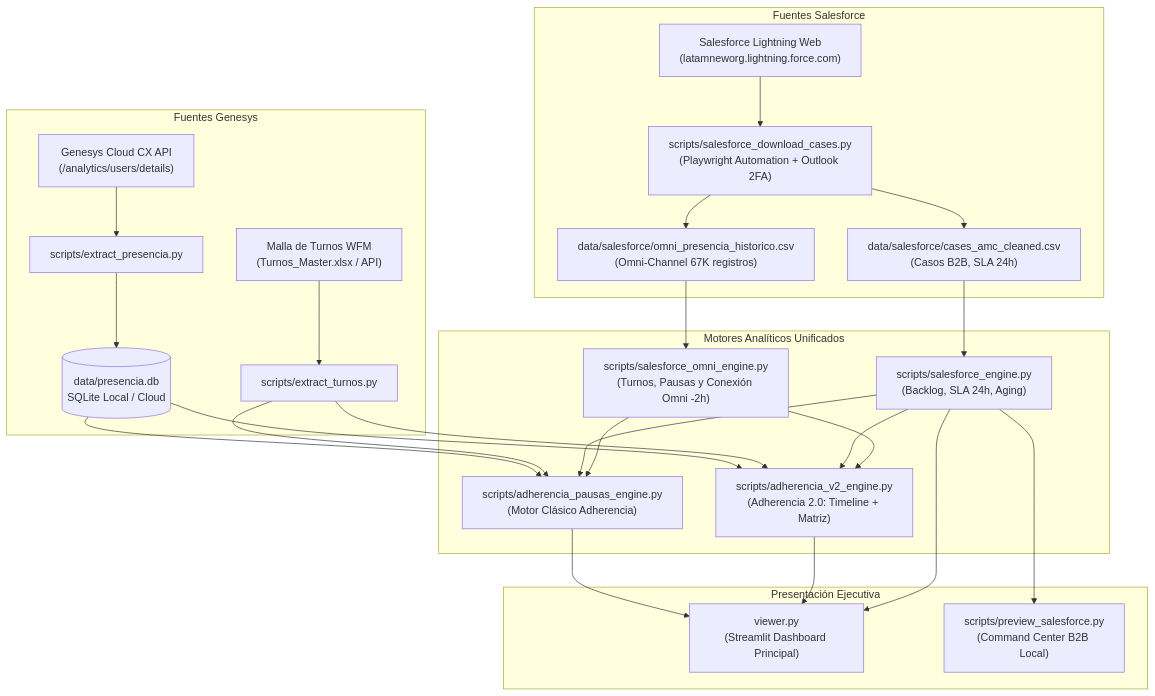
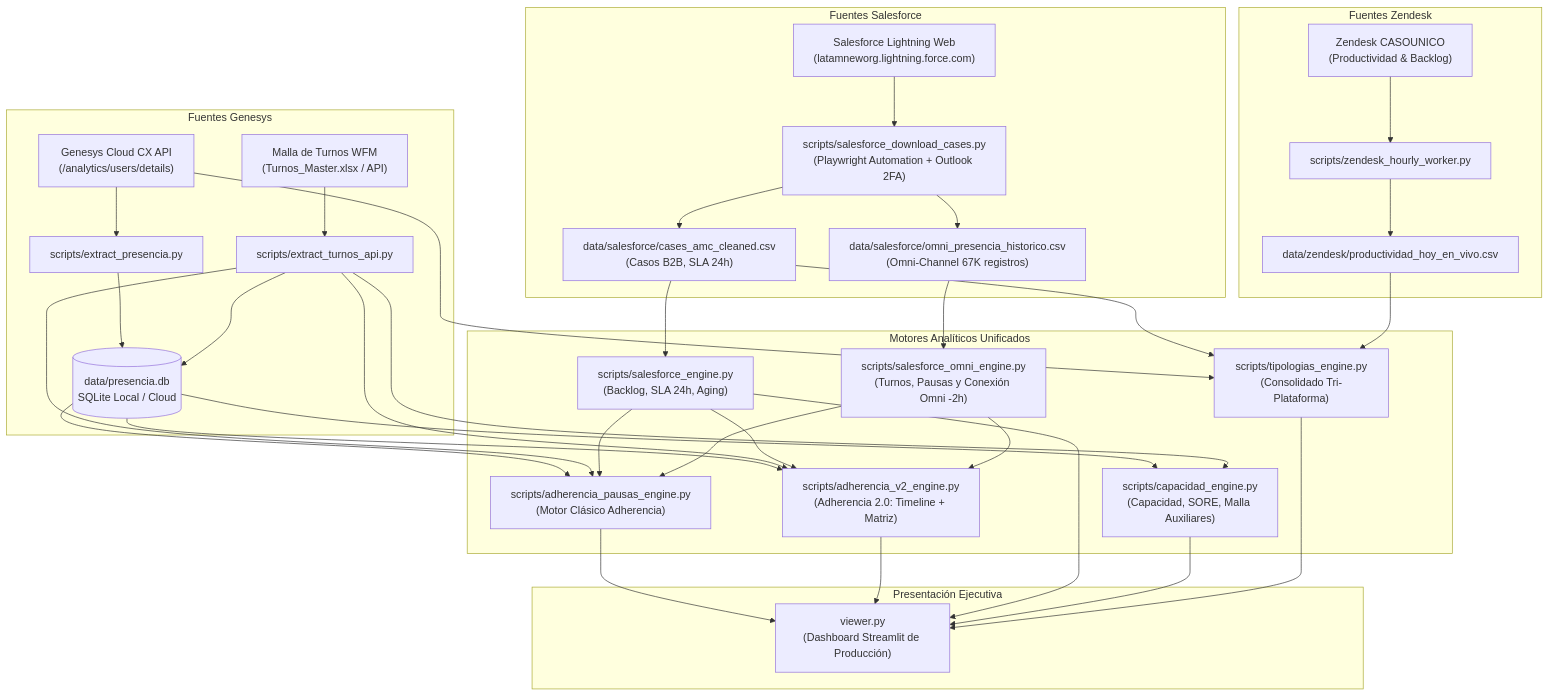
One commit to carlosmurilloealmacontact/presencia-genesys changed the diagram in CONTEXT.md. Above: the diagram before and after it, drawn with Mermaid. The commit also changed other lines of this file, not shown here.

Commit message:
docs: actualizar CONTEXT.md con tipologias tri-plataforma, capacidad opcion B, malla auxiliares y auditoria RRSS

````diff
--- a/CONTEXT.md
+++ b/CONTEXT.md
@@ -23,27 +26,34 @@
 ```mermaid
 flowchart TD
     subgraph Fuentes Genesys
         G1["Genesys Cloud CX API\n(/analytics/users/details)"] --> G2["scripts/extract_presencia.py"]
         G2 --> G3[("data/presencia.db\nSQLite Local / Cloud")]
-        G4["Malla de Turnos WFM\n(Turnos_Master.xlsx / API)"] --> G5["scripts/extract_turnos.py"]
+        G4["Malla de Turnos WFM\n(Turnos_Master.xlsx / API)"] --> G5["scripts/extract_turnos_api.py"]
+        G5 --> G3
     end
 
     subgraph Fuentes Salesforce
         S1["Salesforce Lightning Web\n(latamneworg.lightning.force.com)"] --> S2["scripts/salesforce_download_cases.py\n(Playwright Automation + Outlook 2FA)"]
         S2 --> S3["data/salesforce/cases_amc_cleaned.csv\n(Casos B2B, SLA 24h)"]
         S2 --> S4["data/salesforce/omni_presencia_historico.csv\n(Omni-Channel 67K registros)"]
     end
 
+    subgraph Fuentes Zendesk
+        Z1["Zendesk CASOUNICO\n(Productividad & Backlog)"] --> Z2["scripts/zendesk_hourly_worker.py"]
+        Z2 --> Z3["data/zendesk/productividad_hoy_en_vivo.csv"]
+    end
+
     subgraph Motores Analíticos Unificados
         G3 & G5 --> M1["scripts/adherencia_pausas_engine.py\n(Motor Clásico Adherencia)"]
         G3 & G5 --> M2["scripts/adherencia_v2_engine.py\n(Adherencia 2.0: Timeline + Matriz)"]
+        G3 & G5 --> M5["scripts/capacidad_engine.py\n(Capacidad, SORE, Malla Auxiliares)"]
+        G1 & S3 & Z3 --> M6["scripts/tipologias_engine.py\n(Consolidado Tri-Plataforma)"]
         S3 --> M3["scripts/salesforce_engine.py\n(Backlog, SLA 24h, Aging)"]
         S4 --> M4["scripts/salesforce_omni_engine.py\n(Turnos, Pausas y Conexión Omni -2h)"]
         M3 & M4 --> M1 & M2
     end
 
     subgraph Presentación Ejecutiva
-        M1 & M2 & M3 --> V1["viewer.py\n(Streamlit Dashboard Principal)"]
-        M3 --> V2["scripts/preview_salesforce.py\n(Command Center B2B Local)"]
+        M1 & M2 & M3 & M5 & M6 --> V1["viewer.py\n(Dashboard Streamlit de Producción)"]
     end
 ```
````
